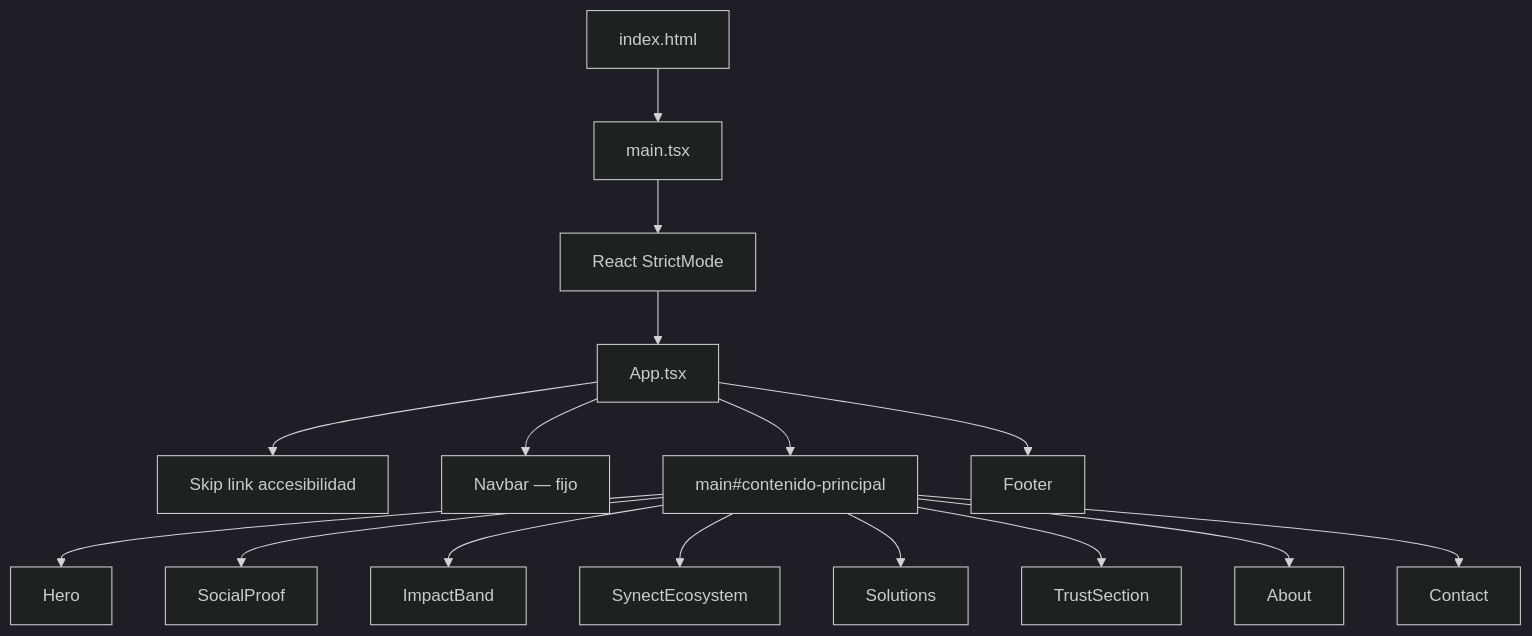
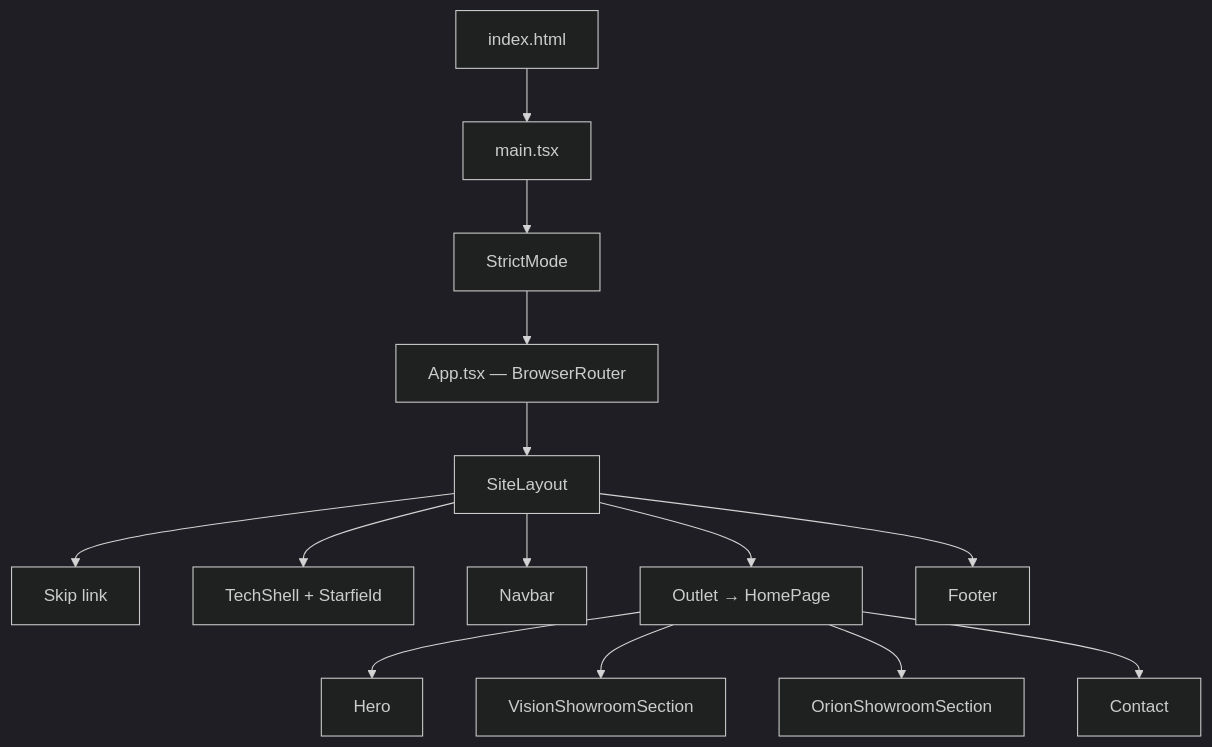
The first of 6 diagrams in docs/DIAGRAMA-FLUJO.md (augusto0111/SynecT), drawn with Mermaid (dark theme) before and after one commit. The commit also changed other lines of this file and 3 other files, not shown here.

Commit message:
Refresh README and docs to match the hardware-first showroom site.

````diff
--- a/docs/DIAGRAMA-FLUJO.md
+++ b/docs/DIAGRAMA-FLUJO.md
@@ -21,18 +24,16 @@
 ```mermaid
 flowchart TD
     A[index.html] --> B[main.tsx]
-    B --> C[React StrictMode]
-    C --> D[App.tsx]
-    D --> E[Skip link accesibilidad]
-    D --> F[Navbar — fijo]
-    D --> G[main#contenido-principal]
-    D --> H[Footer]
-    G --> I[Hero]
-    G --> J[SocialProof]
-    G --> K[ImpactBand]
-    G --> L[SynectEcosystem]
-    G --> M[Solutions]
-    G --> N[TrustSection]
-    G --> O[About]
-    G --> P[Contact]
+    B --> C[StrictMode]
+    C --> D[App.tsx — BrowserRouter]
+    D --> E[SiteLayout]
+    E --> F[Skip link]
+    E --> G[TechShell + Starfield]
+    E --> H[Navbar]
+    E --> I[Outlet → HomePage]
+    E --> J[Footer]
+    I --> K[Hero]
+    I --> L[VisionShowroomSection]
+    I --> M[OrionShowroomSection]
+    I --> N[Contact]
 ```
````
